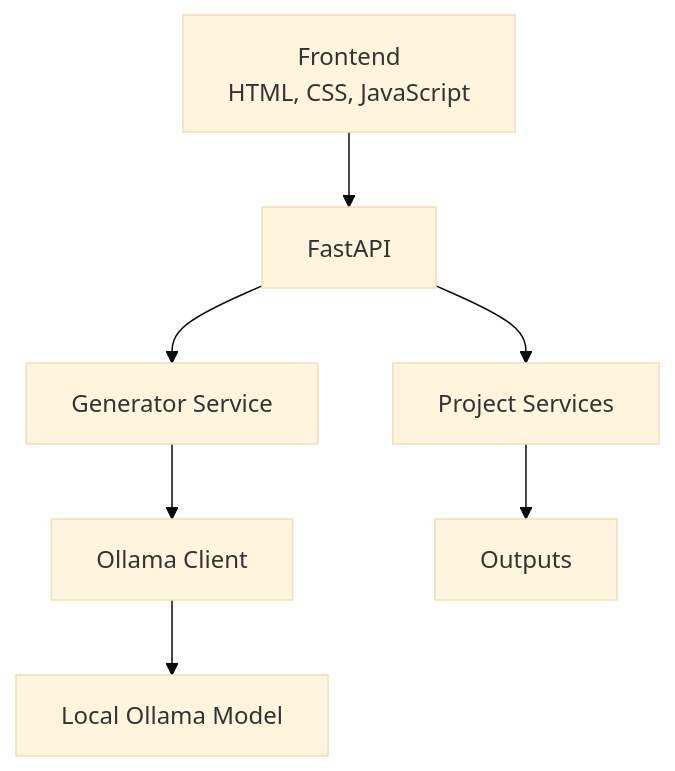
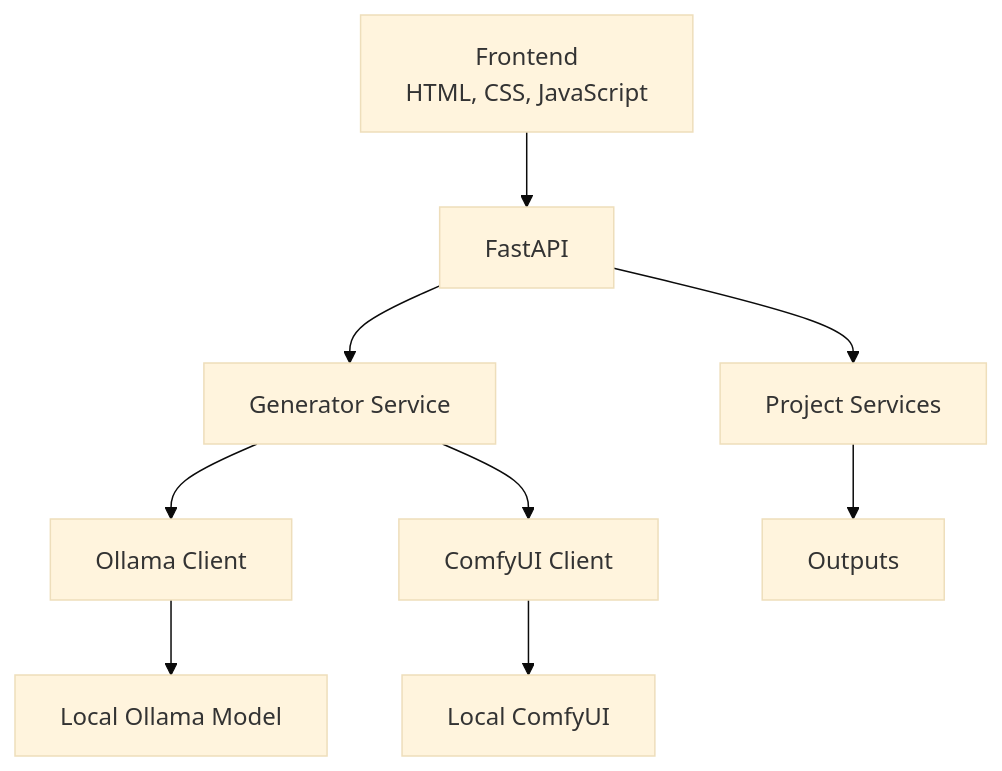
Before and after one commit to philalexkailabs-ai/CreatorForge: the first of 2 diagrams in .creatorforge/ARCHITECTURE.md, drawn with Mermaid (base theme). The commit also changed other lines of this file and 19 other files, not shown here.

````diff
--- a/.creatorforge/ARCHITECTURE.md
+++ b/.creatorforge/ARCHITECTURE.md
@@ -5,9 +5,11 @@
 ```mermaid
 flowchart TD
     A[Frontend\nHTML, CSS, JavaScript] --> B[FastAPI]
     B --> C[Generator Service]
-    C --> D[Ollama Client]
-    D --> E[Local Ollama Model]
+C --> D[Ollama Client]
+D --> E[Local Ollama Model]
+C --> H[ComfyUI Client]
+H --> I[Local ComfyUI]
     B --> F[Project Services]
     F --> G[Outputs]
 ```
````
